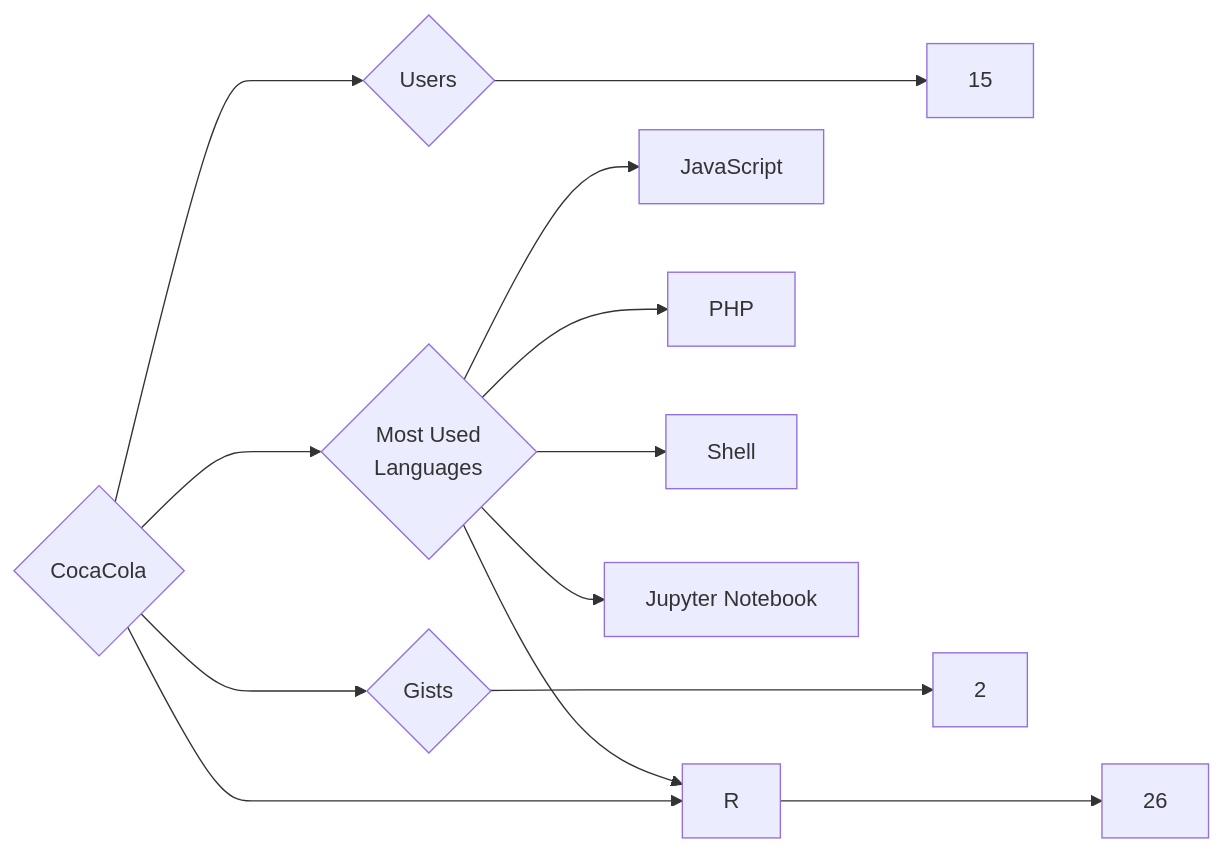
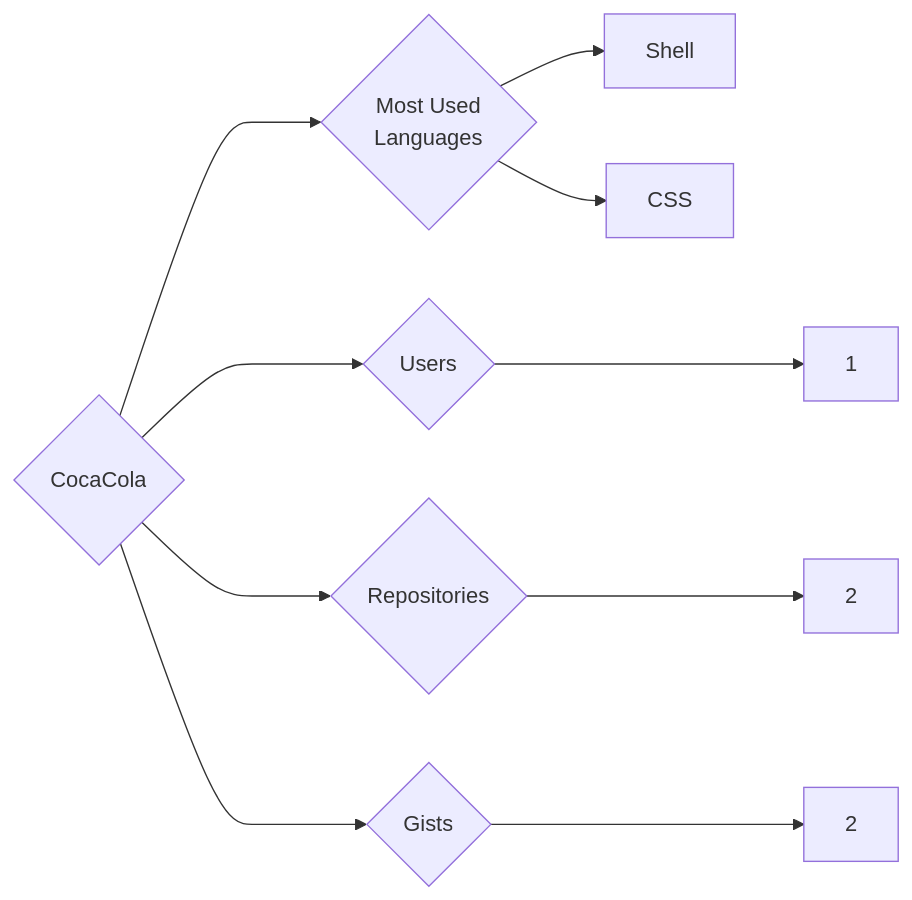
One commit to trickest/insiders changed the diagram in targets/CocaCola/README.md. Above: the diagram before and after it, drawn with Mermaid. The commit also changed 681 other files, not shown here.

````diff
--- a/targets/CocaCola/README.md
+++ b/targets/CocaCola/README.md
@@ -3,13 +3,10 @@
 ```mermaid
 graph LR
 COMPANY_NAME{CocaCola}
-COMPANY_NAME ---> U{Users} ---> UN[15]
-COMPANY_NAME ---> R{Repositories} ---> RN[26]
+COMPANY_NAME ---> U{Users} ---> UN[1]
+COMPANY_NAME ---> R{Repositories} ---> RN[2]
 COMPANY_NAME ---> G{Gists} ---> GN[2]
 COMPANY_NAME ---> ML{Most Used<br>Languages}
-ML --> JavaScript[JavaScript]
-ML --> PHP[PHP]
 ML --> Shell[Shell]
-ML --> R[R]
-ML --> Jupyter_Notebook[Jupyter Notebook]
+ML --> CSS[CSS]
 ```
````
